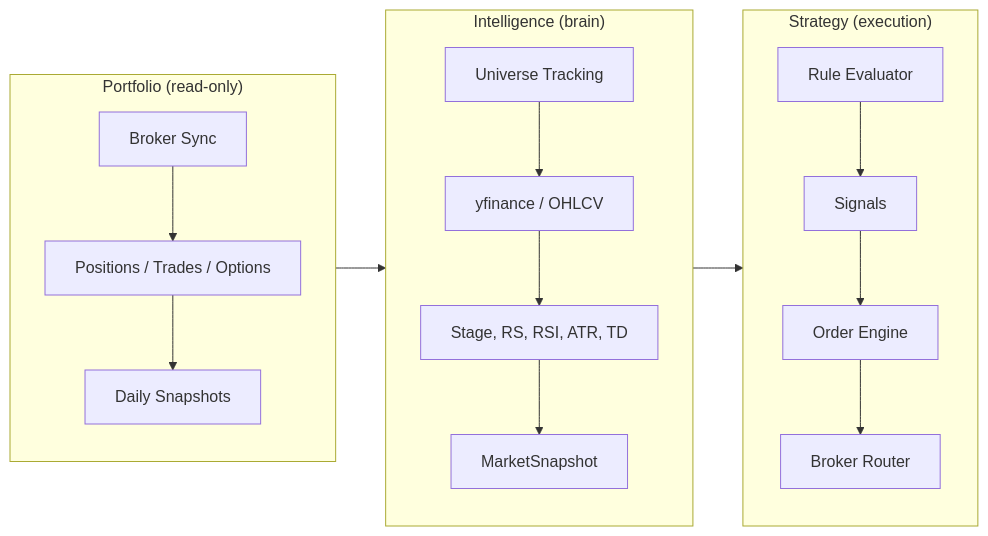
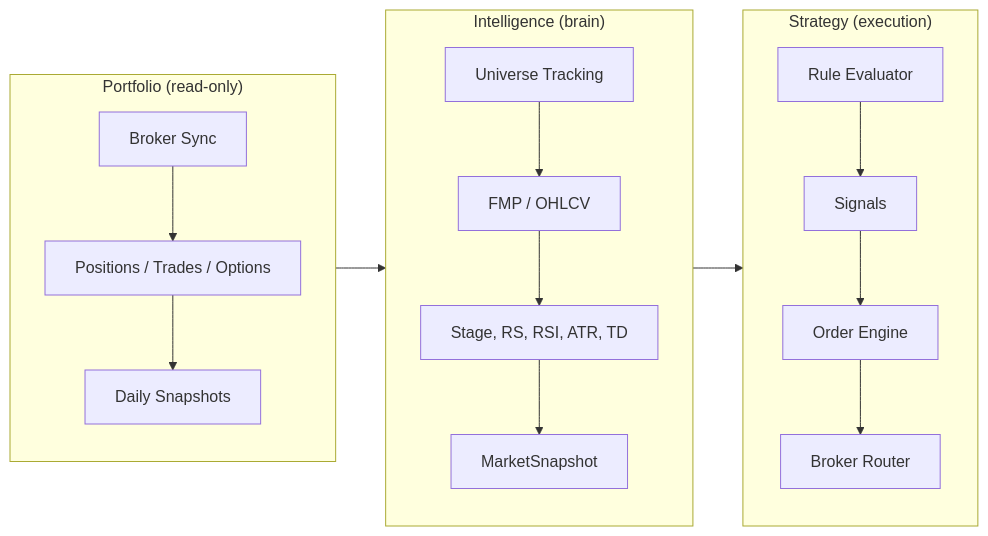
The first of 2 diagrams in docs/ARCHITECTURE.md (paperwork-labs/paperwork), drawn with Mermaid before and after one commit. The commit also changed other lines of this file and 40 other files, not shown here.

````diff
--- a/docs/ARCHITECTURE.md
+++ b/docs/ARCHITECTURE.md
@@ -5,28 +5,28 @@
 ```mermaid
 flowchart LR
   subgraph Portfolio["Portfolio (read-only)"]
     Broker[Broker Sync]
     Positions[Positions / Trades / Options]
     Snapshots[Daily Snapshots]
     Broker --> Positions --> Snapshots
   end
 
   subgraph Intelligence["Intelligence (brain)"]
     Universe[Universe Tracking]
-    Fetch[yfinance / OHLCV]
+    Fetch[FMP / OHLCV]
     Indicators[Stage, RS, RSI, ATR, TD]
     Snapshot[MarketSnapshot]
     Universe --> Fetch --> Indicators --> Snapshot
   end
 
   subgraph Strategy["Strategy (execution)"]
     Rules[Rule Evaluator]
     Signals[Signals]
     OrderEngine[Order Engine]
     BrokerRouter[Broker Router]
     Rules --> Signals --> OrderEngine --> BrokerRouter
   end
 
   Portfolio --> Intelligence
   Intelligence --> Strategy
 ```
````
